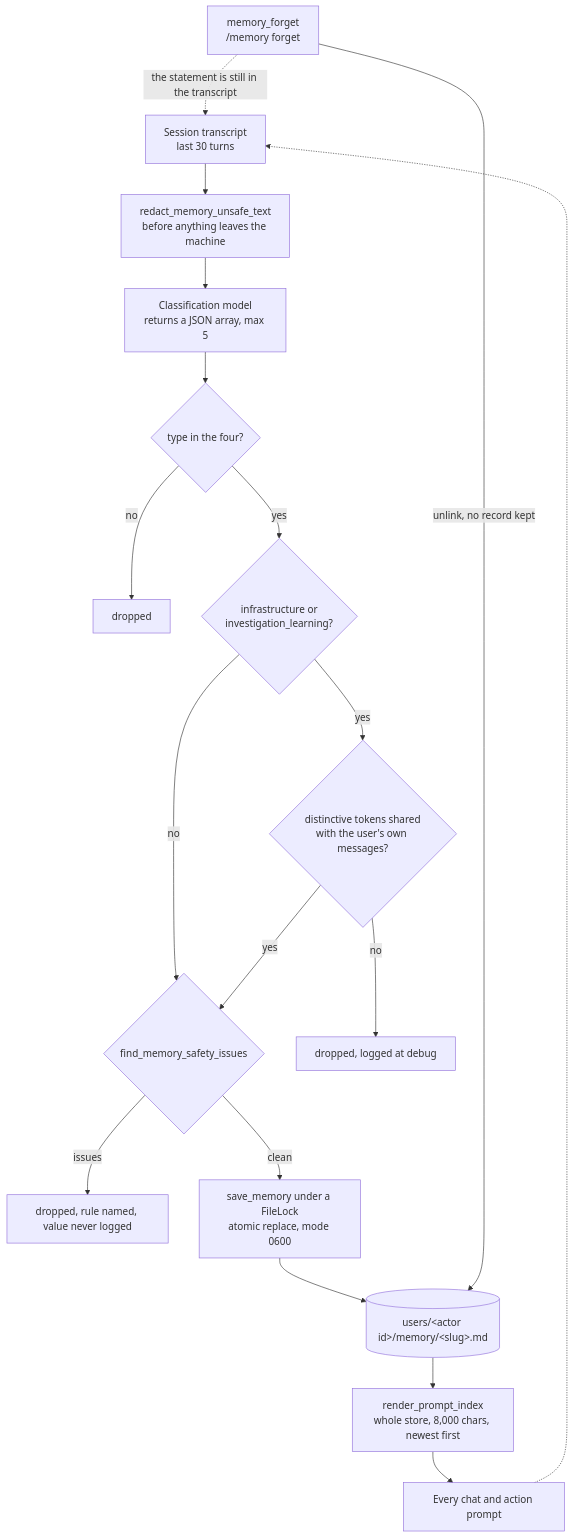
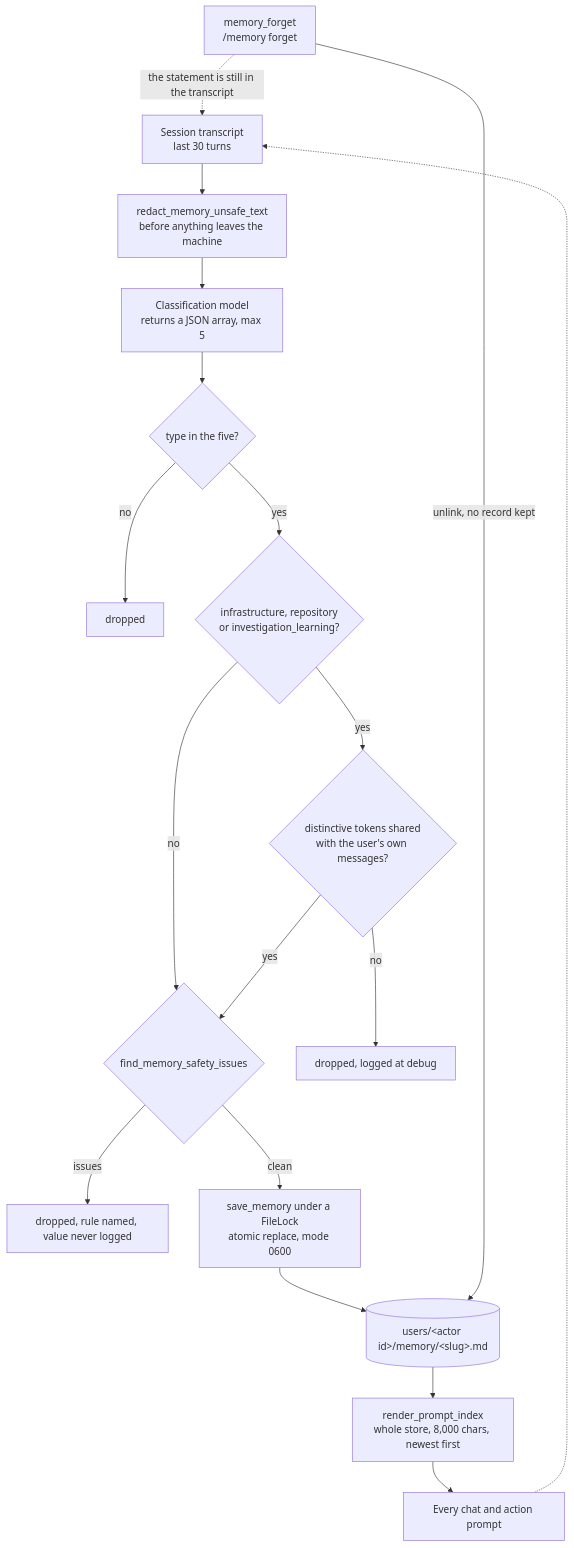
One commit to neoneye/agent-memory-atlas changed the diagram in content/systems/opensre.md. Above: the diagram before and after it, drawn with Mermaid. The commit also changed other lines of this file and 64 other files, not shown here.

````diff
--- a/content/systems/opensre.md
+++ b/content/systems/opensre.md
@@ -103,21 +109,21 @@
 ```mermaid
 %% caption: redaction runs before anything leaves the machine, three independent screens can drop a candidate — one of them naming the rule without logging the value — and forgetting unlinks the file while the statement stays in the transcript
 flowchart TD
     T["Session transcript<br/>last 30 turns"] --> RED["redact_memory_unsafe_text<br/>before anything leaves the machine"]
     RED --> LLM["Classification model<br/>returns a JSON array, max 5"]
-    LLM --> TY{"type in the four?"}
+    LLM --> TY{"type in the five?"}
     TY -- "no" --> DROP1["dropped"]
-    TY -- "yes" --> GR{"infrastructure or<br/>investigation_learning?"}
+    TY -- "yes" --> GR{"infrastructure, repository<br/>or investigation_learning?"}
     GR -- "no" --> SAFE
     GR -- "yes" --> UG{"distinctive tokens shared<br/>with the user's own messages?"}
     UG -- "no" --> DROP2["dropped, logged at debug"]
     UG -- "yes" --> SAFE{"find_memory_safety_issues"}
     SAFE -- "issues" --> DROP3["dropped, rule named, value never logged"]
     SAFE -- "clean" --> W["save_memory under a FileLock<br/>atomic replace, mode 0600"]
     W --> F[("users/&lt;actor id&gt;/memory/&lt;slug&gt;.md")]
     F --> IDX["render_prompt_index<br/>whole store, 8,000 chars, newest first"]
     IDX --> P["Every chat and action prompt"]
     P -.-> T
     FG["memory_forget<br/>/memory forget"] -->|"unlink, no record kept"| F
     FG -.->|"the statement is still in the transcript"| T
 ```
````
